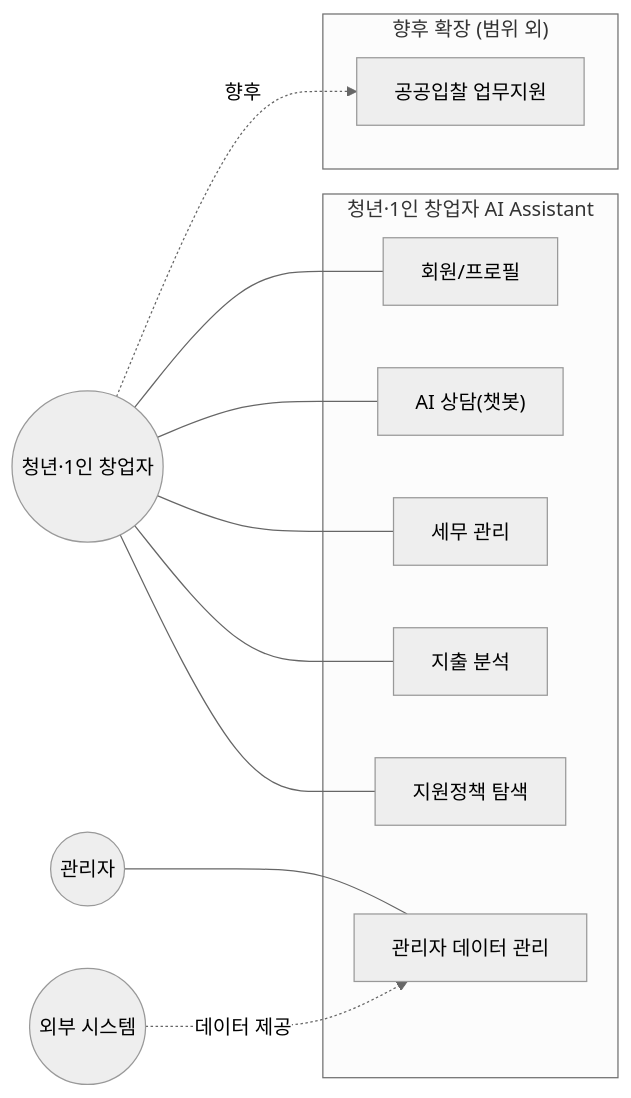
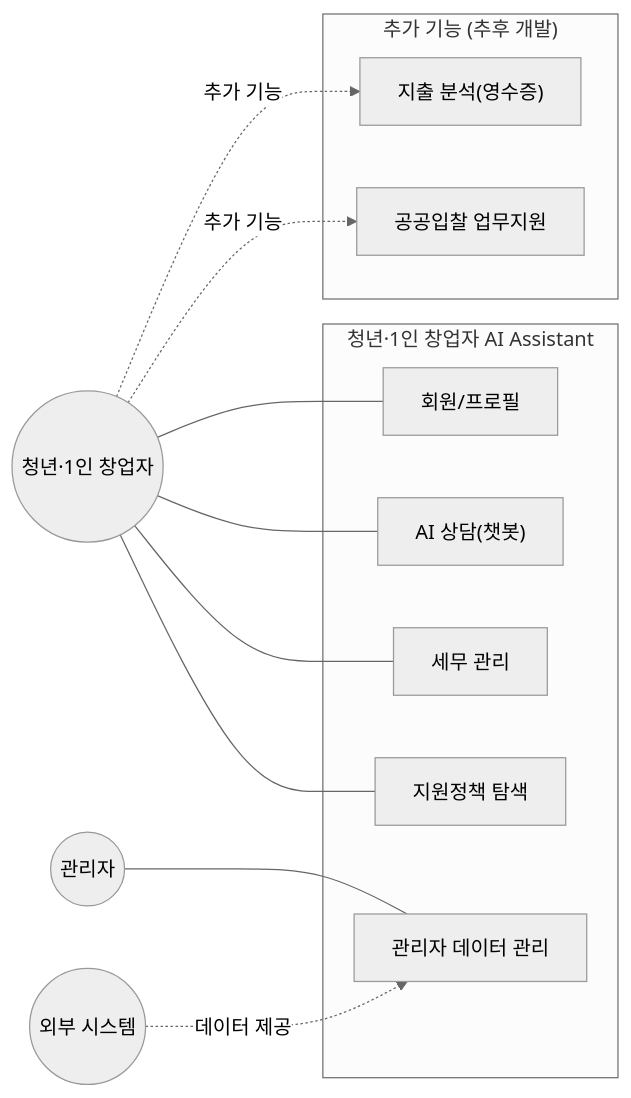
One commit to SKNETWORKS-FAMILY-AICAMP/SKN34-3rd-3Team changed the first of 3 diagrams in Docs/Design/USECASE.md. Above: the diagram before and after it, drawn with Mermaid (neutral theme). The commit also changed other lines of this file and 11 other files, not shown here.

````diff
--- a/Docs/Design/USECASE.md
+++ b/Docs/Design/USECASE.md
@@ -13,28 +13,28 @@
 ```mermaid
 flowchart LR
     User((청년·1인 창업자))
     Admin((관리자))
     Ext((외부 시스템))
 
     subgraph Platform["청년·1인 창업자 AI Assistant"]
         A["회원/프로필"]
         B["AI 상담(챗봇)"]
         C["세무 관리"]
-        D["지출 분석"]
         E["지원정책 탐색"]
         F["관리자 데이터 관리"]
     end
 
-    subgraph Future["향후 확장 (범위 외)"]
+    subgraph Future["추가 기능 (추후 개발)"]
+        D["지출 분석(영수증)"]
         G["공공입찰 업무지원"]
     end
 
     User --- A
     User --- B
     User --- C
-    User --- D
     User --- E
     Admin --- F
     Ext -. 데이터 제공 .-> F
-    User -. 향후 .-> G
+    User -. 추가 기능 .-> D
+    User -. 추가 기능 .-> G
 ```
````
